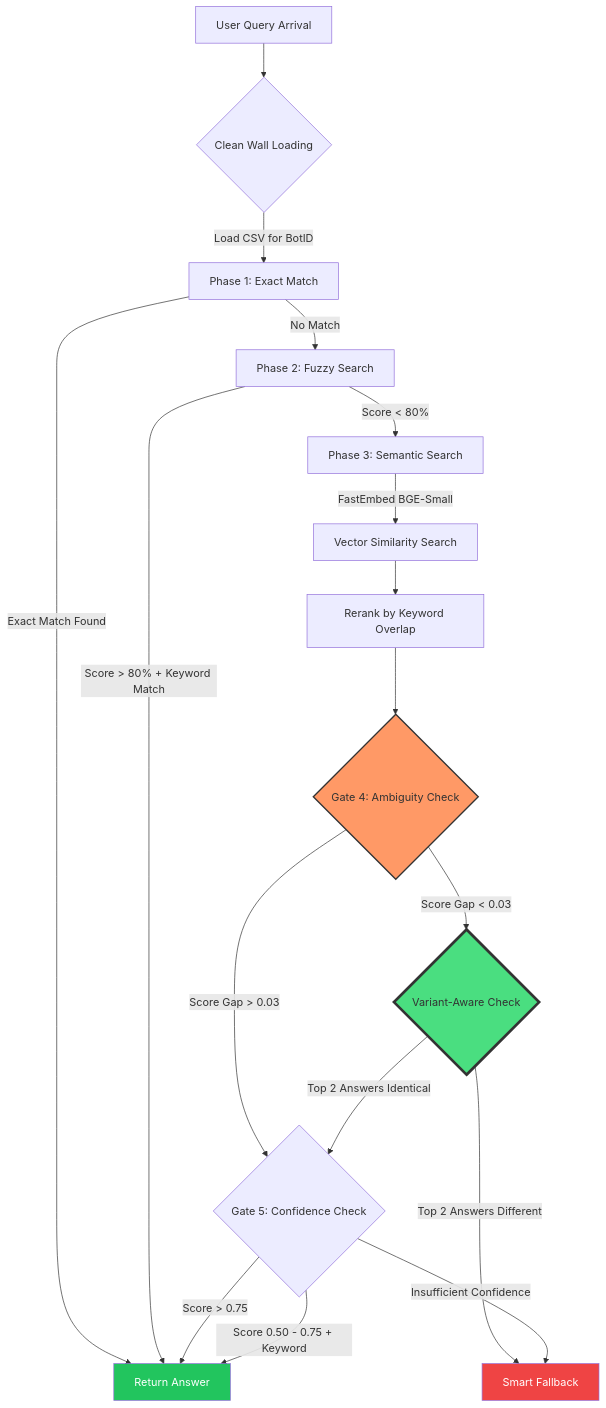
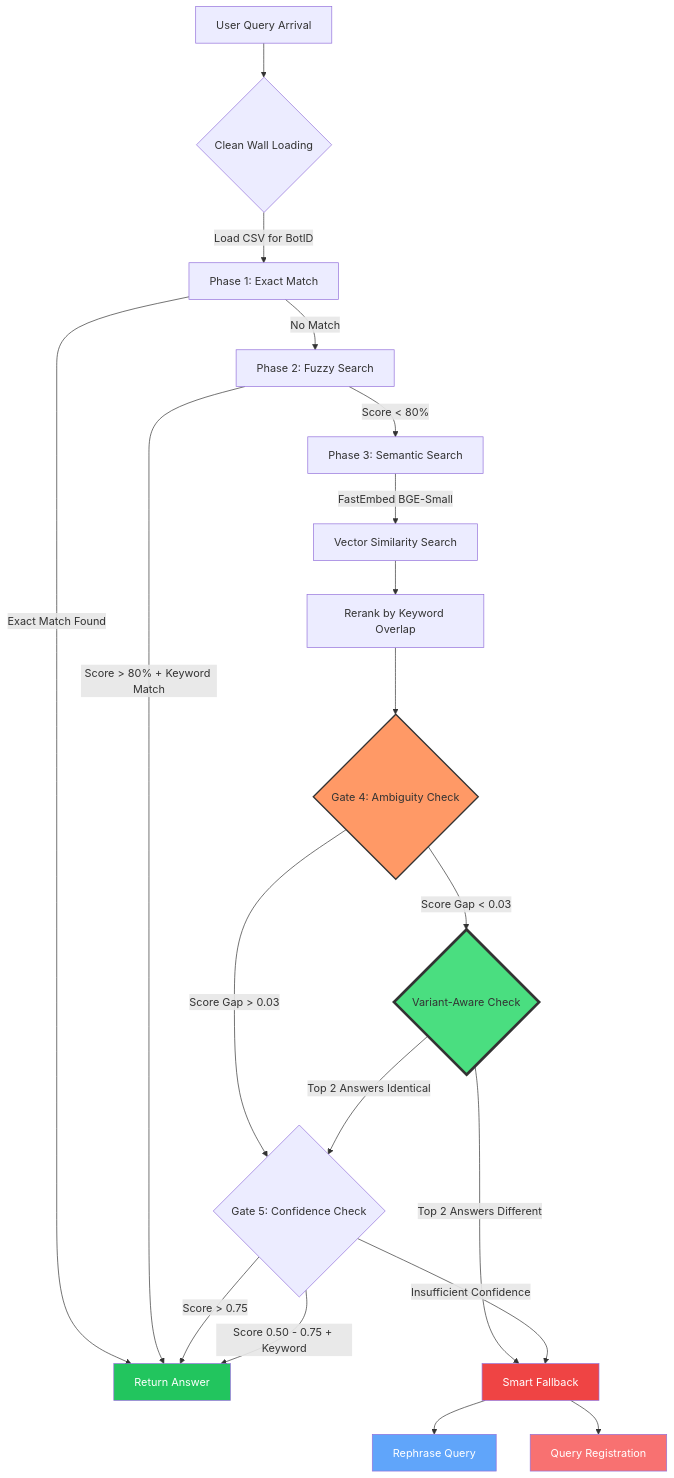
Before and after one commit to suyash-rgb/FAQSense: the diagram in MODEL_MIGRATION.md, drawn with Mermaid.

Commit message:
docs: expand flowchart with fallback outcomes

````diff
--- a/MODEL_MIGRATION.md
+++ b/MODEL_MIGRATION.md
@@ -71,30 +71,35 @@
 ```mermaid
 graph TD
     A[User Query Arrival] --> B{Clean Wall Loading}
     B -->|Load CSV for BotID| C[Phase 1: Exact Match]
     
     C -->|No Match| D[Phase 2: Fuzzy Search]
     C -->|Exact Match Found| Z[Return Answer]
 
     D -->|Score < 80%| E[Phase 3: Semantic Search]
     D -->|Score > 80% + Keyword Match| Z
 
     E -->|FastEmbed BGE-Small| F[Vector Similarity Search]
     F --> G[Rerank by Keyword Overlap]
     
     G --> H{Gate 4: Ambiguity Check}
     H -->|Score Gap > 0.03| J{Gate 5: Confidence Check}
     
     H -->|Score Gap < 0.03| I{Variant-Aware Check}
     I -->|Top 2 Answers Identical| J
     I -->|Top 2 Answers Different| K[Smart Fallback]
 
     J -->|Score > 0.75| Z
     J -->|Score 0.50 - 0.75 + Keyword| Z
     J -->|Insufficient Confidence| K
+    
+    K --> L[Rephrase Query]
+    K --> M[Query Registration]
 
     style H fill:#f96,stroke:#333,stroke-width:2px
     style I fill:#4ade80,stroke:#333,stroke-width:4px
     style Z fill:#22c55e,color:#fff
     style K fill:#ef4444,color:#fff
+    style L fill:#60a5fa,color:#fff
+    style M fill:#f87171,color:#fff
 ```
````
